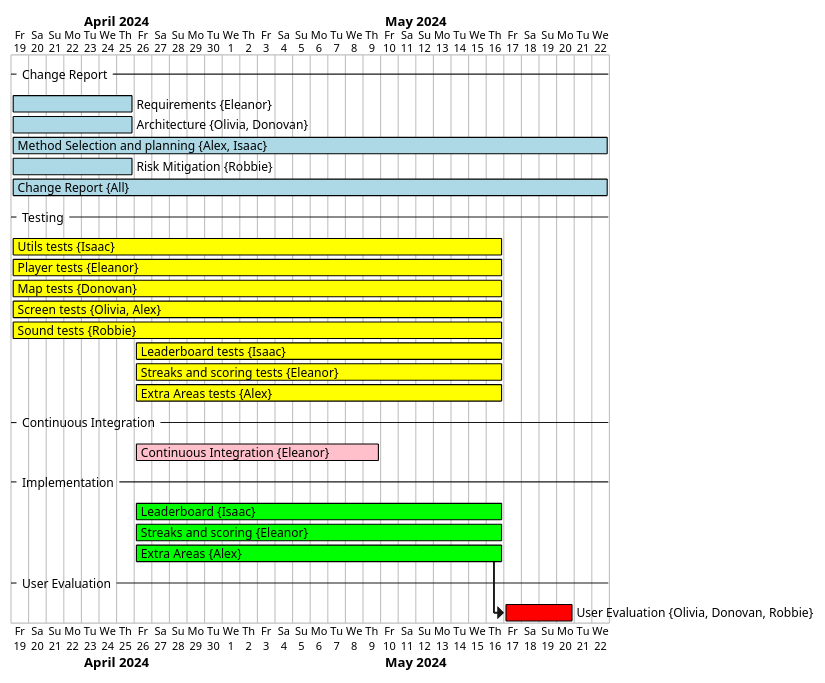
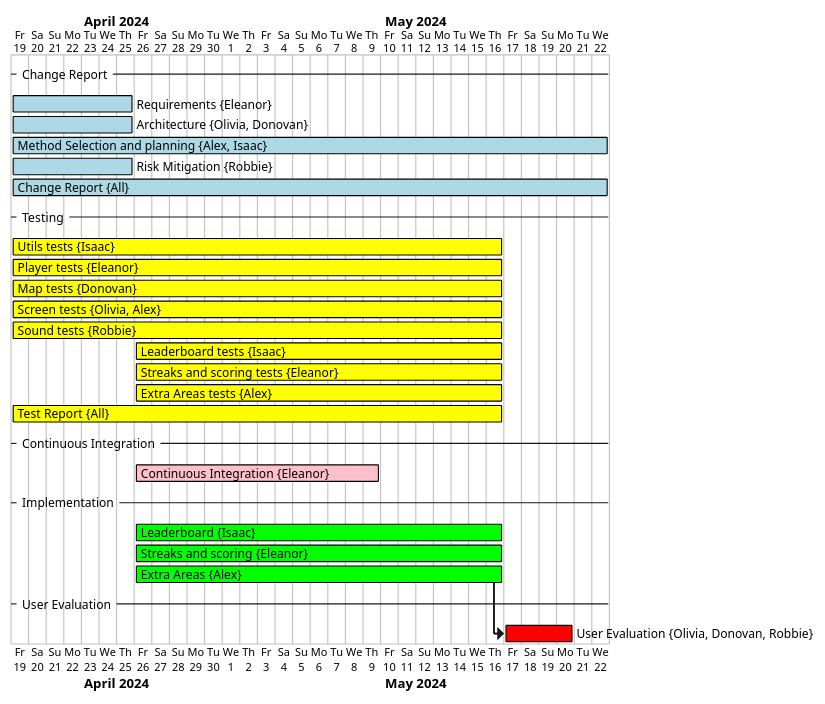
The diagram in plantUML diagrams/Week 4.puml (E-Bickell/ENG1_2), drawn with PlantUML before and after one commit. The commit also changed 4 other files, not shown here.

First line of the commit message:
Updated Gantt charts

```diff
--- a/plantUML diagrams/Week 4.puml
+++ b/plantUML diagrams/Week 4.puml
@@ -1,74 +1,77 @@
 @startgantt
 hide resources footbox
 -- Change Report --
 [Requirements] on {Eleanor} lasts 7 days
 [Architecture] on {Olivia, Donovan} lasts 7 days
 [Method Selection and planning] on {Alex, Isaac} lasts 34 days
 [Risk Mitigation] on {Robbie} lasts 7 days
 [Change Report] on {All} lasts 34 days
 -- Testing --
 [Utils tests] on {Isaac} lasts 28 days
 [Player tests] on {Eleanor} lasts 28 days
 [Map tests] on {Donovan} lasts 28 days
 [Screen tests] on {Olivia, Alex} lasts 28 days
 [Sound tests] on {Robbie} lasts 28 days
 [Leaderboard tests] on {Isaac} lasts 21 days
 [Streaks and scoring tests] on {Eleanor} lasts 21 days
 [Extra Areas tests] on {Alex} lasts 21 days
+[Test Report] on {All} lasts 28 days
 -- Continuous Integration --
 [Continuous Integration] on {Eleanor} lasts 14 days
 -- Implementation --
 [Leaderboard] on {Isaac} lasts 21 days
 [Streaks and scoring] on {Eleanor} lasts 21 days
 [Extra Areas] on {Alex} lasts 21 days
 -- User Evaluation --
 then [User Evaluation] on {Olivia, Donovan, Robbie} lasts 4 days
 
 [Requirements] is colored in LightBlue/Black
 [Architecture] is colored in LightBlue/Black
 [Method Selection and planning] is colored in LightBlue/Black
 [Risk Mitigation] is colored in LightBlue/Black
 [Change Report] is colored in LightBlue/Black
 
 [Utils tests] is colored in Yellow/Black
 [Player tests] is colored in Yellow/Black
 [Map tests] is colored in Yellow/Black
 [Screen tests] is colored in Yellow/Black
 [Sound tests] is colored in Yellow/Black
 [Leaderboard tests] is colored in Yellow/Black
 [Streaks and scoring tests] is colored in Yellow/Black
 [Extra Areas tests] is colored in Yellow/Black
+[Test Report] is colored in Yellow/Black
 
 [Continuous Integration] is colored in Pink/Black
 
 [Leaderboard] is colored in Lime/Black
 [Streaks and scoring] is colored in Lime/Black
 [Extra Areas] is colored in Lime/Black
 
 [User Evaluation] is coloured in Red/Black
 
 Project starts 2024-04-19
 
 [Requirements] starts 2024-04-19
 [Architecture] starts 2024-04-19
 [Method Selection and planning] starts 2024-04-19
 [Risk Mitigation] starts 2024-04-19
 [Change Report] starts 2024-04-19
 
 [Utils tests] starts 2024-04-19
 [Player tests] starts 2024-04-19
 [Map tests] starts 2024-04-19
 [Screen tests] starts 2024-04-19
 [Sound tests] starts 2024-04-19
 [Leaderboard tests] starts 2024-04-26
 [Streaks and scoring tests] starts 2024-04-26
 [Extra Areas tests] starts 2024-04-26
+[Test Report] starts 2024-04-19
 
 [Continuous Integration] starts at 2024-04-26
 
 [Leaderboard] starts at 2024-04-26
 [Streaks and scoring] starts at 2024-04-26
 [Extra Areas] starts at 2024-04-26
 
 [User Evaluation] starts at [Extra Areas]'s end
 @endgantt
```
